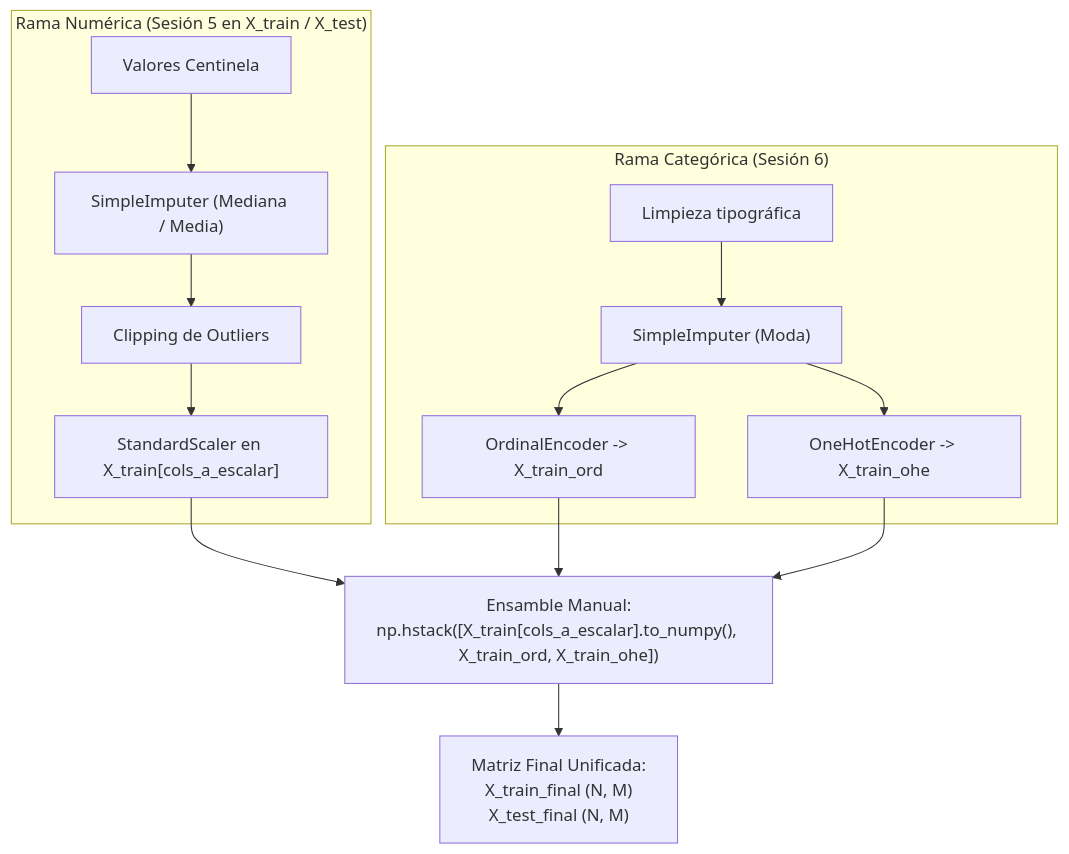
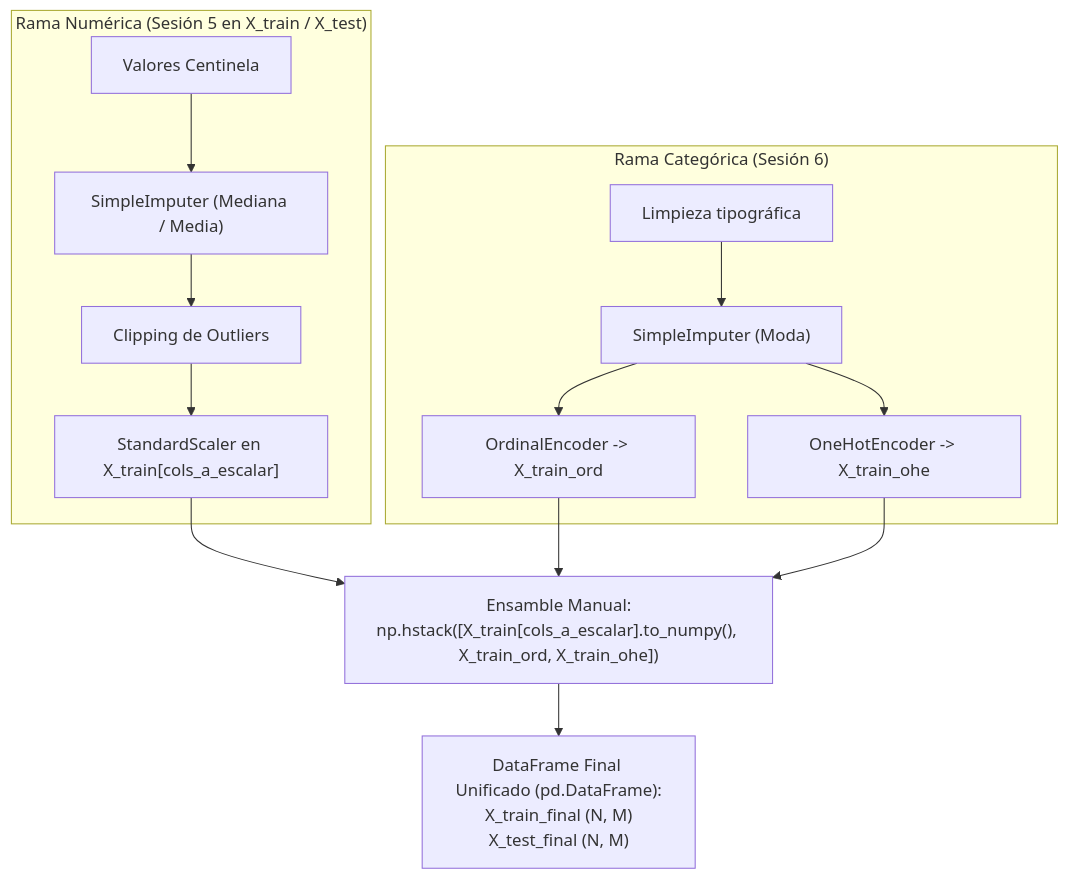
Before and after one commit to acamarac02/DevTacora: the second of 2 diagrams in docs/02_pia_2627/ut3_preparacion_analisis_datos/6-codificacion-categorica-ensamble.md, drawn with Mermaid. The commit also changed other lines of this file and 1 other file, not shown here.

````diff
--- a/docs/02_pia_2627/ut3_preparacion_analisis_datos/6-codificacion-categorica-ensamble.md
+++ b/docs/02_pia_2627/ut3_preparacion_analisis_datos/6-codificacion-categorica-ensamble.md
@@ -332,20 +332,20 @@
 ```mermaid
 flowchart TD
     subgraph RamaNumerica ["Rama Numérica (Sesión 5 en X_train / X_test)"]
         N1["Valores Centinela"] --> N2["SimpleImputer (Mediana / Media)"]
         N2 --> N3["Clipping de Outliers"]
         N3 --> N4["StandardScaler en X_train[cols_a_escalar]"]
     end
 
     subgraph RamaCategorica ["Rama Categórica (Sesión 6)"]
         C1["Limpieza tipográfica"] --> C2["SimpleImputer (Moda)"]
         C2 --> C3["OrdinalEncoder -> X_train_ord"]
         C2 --> C4["OneHotEncoder -> X_train_ohe"]
     end
 
     N4 --> Ensamble["Ensamble Manual:<br/>np.hstack([X_train[cols_a_escalar].to_numpy(), X_train_ord, X_train_ohe])"]
     C3 --> Ensamble
     C4 --> Ensamble
     
-    Ensamble --> MatrizFinal["Matriz Final Unificada:<br/>X_train_final (N, M)<br/>X_test_final (N, M)"]
+    Ensamble --> MatrizFinal["DataFrame Final Unificado (pd.DataFrame):<br/>X_train_final (N, M)<br/>X_test_final (N, M)"]
 ```
````
